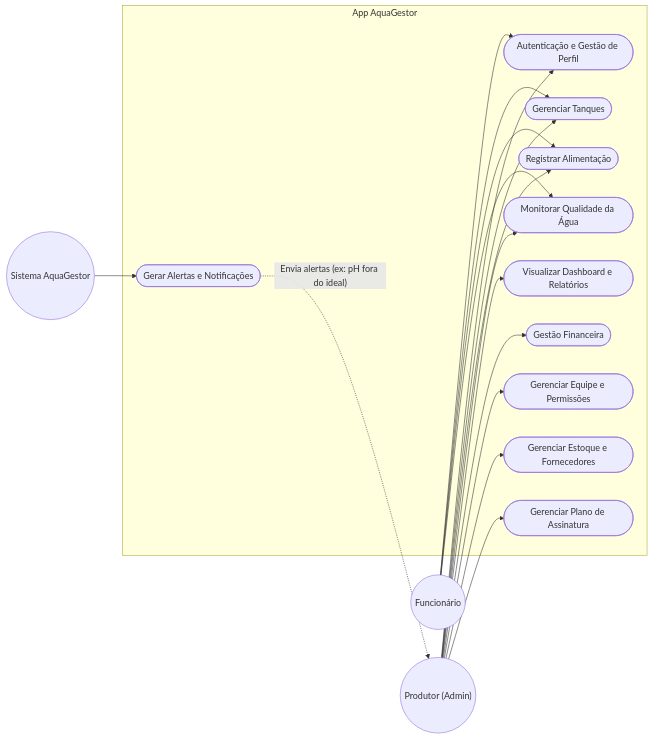
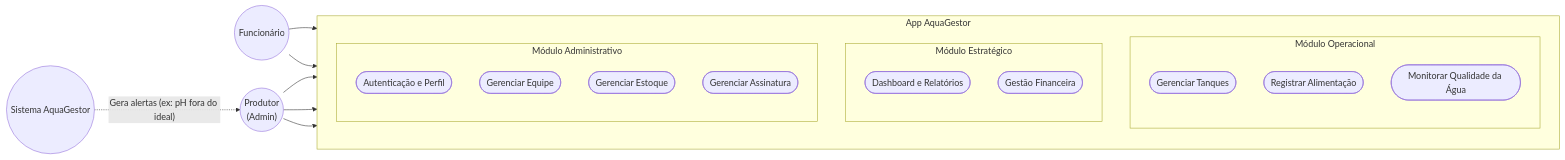
Before and after one commit to RomarioSG1998/Jala.AI: the diagram in diagrama_de_casos_de_uso.md, drawn with Mermaid.

Commit message:
docs: melhora o visual do diagrama de casos de uso agrupando por modulos

````diff
--- a/diagrama_de_casos_de_uso.md
+++ b/diagrama_de_casos_de_uso.md
@@ -5,40 +5,45 @@
 ```mermaid
 flowchart LR
     %% Atores
-    Produtor(("Produtor (Admin)"))
+    Produtor(("Produtor\n(Admin)"))
     Funcionario(("Funcionário"))
     Sistema(("Sistema AquaGestor"))
 
     %% App
     subgraph AppAquaGestor ["App AquaGestor"]
-        UC_Auth([Autenticação e Gestão de Perfil])
-        UC_GestaoTanques([Gerenciar Tanques])
-        UC_RegistrarAlimentacao([Registrar Alimentação])
-        UC_MedirAgua([Monitorar Qualidade da Água])
-        UC_Dashboard([Visualizar Dashboard e Relatórios])
-        UC_Financas([Gestão Financeira])
-        UC_GerenciarEquipe([Gerenciar Equipe e Permissões])
-        UC_GerenciarEstoque([Gerenciar Estoque e Fornecedores])
-        UC_Assinatura([Gerenciar Plano de Assinatura])
-        UC_Notificacoes([Gerar Alertas e Notificações])
+        direction TB
+        
+        subgraph ModOperacional ["Módulo Operacional"]
+            direction TB
+            UC_GestaoTanques([Gerenciar Tanques])
+            UC_RegistrarAlimentacao([Registrar Alimentação])
+            UC_MedirAgua([Monitorar Qualidade da Água])
+        end
+        
+        subgraph ModEstrategico ["Módulo Estratégico"]
+            direction TB
+            UC_Dashboard([Dashboard e Relatórios])
+            UC_Financas([Gestão Financeira])
+        end
+        
+        subgraph ModAdministrativo ["Módulo Administrativo"]
+            direction TB
+            UC_Auth([Autenticação e Perfil])
+            UC_GerenciarEquipe([Gerenciar Equipe])
+            UC_GerenciarEstoque([Gerenciar Estoque])
+            UC_Assinatura([Gerenciar Assinatura])
+        end
     end
 
-    %% Relacionamentos
-    Produtor --> UC_Auth
-    Produtor --> UC_GestaoTanques
-    Produtor --> UC_RegistrarAlimentacao
-    Produtor --> UC_MedirAgua
-    Produtor --> UC_Dashboard
-    Produtor --> UC_Financas
-    Produtor --> UC_GerenciarEquipe
-    Produtor --> UC_GerenciarEstoque
-    Produtor --> UC_Assinatura
+    %% Conexões do Funcionário (Acesso Restrito)
+    Funcionario --> UC_Auth
+    Funcionario --> ModOperacional
 
-    Funcionario --> UC_Auth
-    Funcionario --> UC_GestaoTanques
-    Funcionario --> UC_RegistrarAlimentacao
-    Funcionario --> UC_MedirAgua
+    %% Conexões do Produtor (Acesso Total)
+    Produtor --> ModOperacional
+    Produtor --> ModEstrategico
+    Produtor --> ModAdministrativo
     
-    Sistema --> UC_Notificacoes
-    UC_Notificacoes -. "Envia alertas (ex: pH fora do ideal)" .-> Produtor
+    %% Alertas do Sistema
+    Sistema -. "Gera alertas (ex: pH fora do ideal)" .-> Produtor
 ```
````
